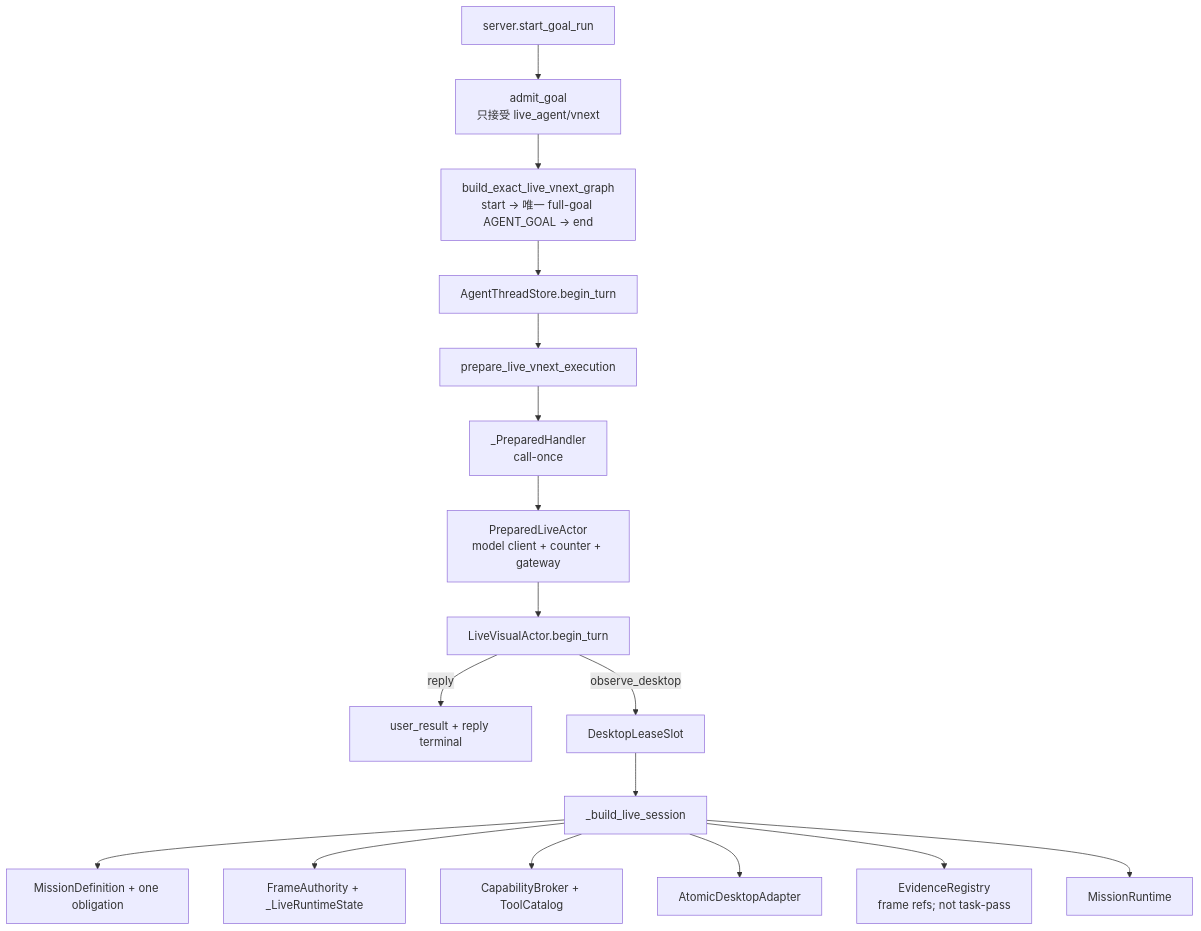
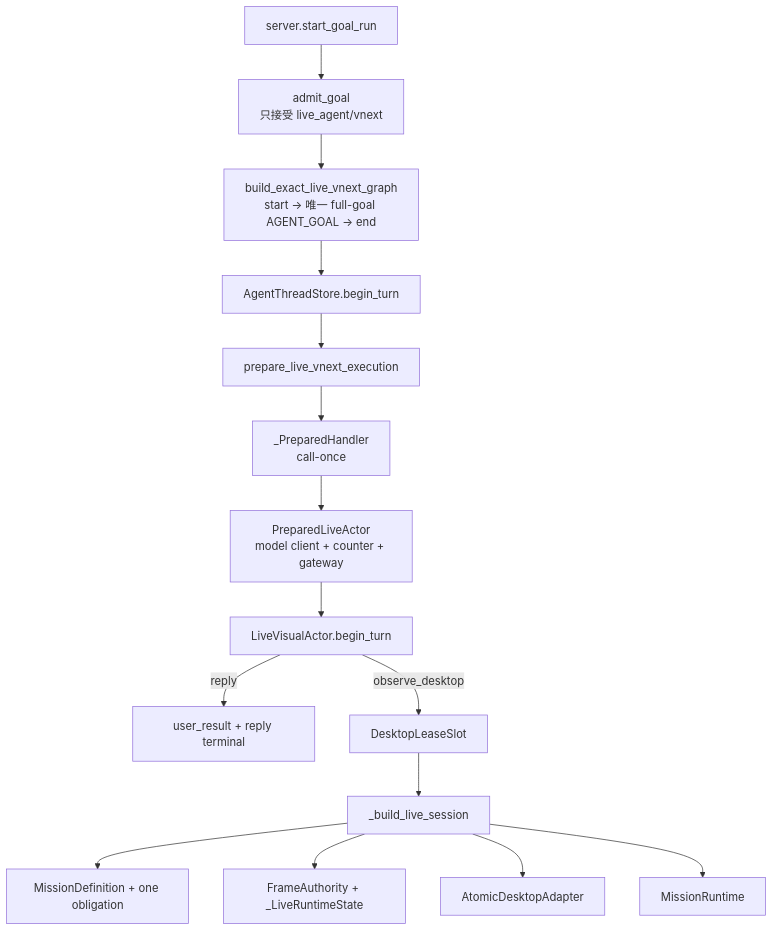
The second of 4 diagrams in docs/project-guide/01-system-architecture.md (zoujiapeng/lingdong-script), drawn with Mermaid before and after one commit. The commit also changed other lines of this file and 23 other files, not shown here.

Commit message:
Document simplified post-migration architecture

````diff
--- a/docs/project-guide/01-system-architecture.md
+++ b/docs/project-guide/01-system-architecture.md
@@ -120,19 +120,17 @@
 ```mermaid
 flowchart TD
   Route["server.start_goal_run"] --> Admission["admit_goal\n只接受 live_agent/vnext"]
   Admission --> Graph["build_exact_live_vnext_graph\nstart → 唯一 full-goal AGENT_GOAL → end"]
   Graph --> Thread["AgentThreadStore.begin_turn"]
   Thread --> Prepare["prepare_live_vnext_execution"]
   Prepare --> Handler["_PreparedHandler\ncall-once"]
   Handler --> Bundle["PreparedLiveActor\nmodel client + counter + gateway"]
   Bundle --> Initial["LiveVisualActor.begin_turn"]
   Initial -->|reply| Reply["user_result + reply terminal"]
   Initial -->|observe_desktop| Lease["DesktopLeaseSlot"]
   Lease --> Session["_build_live_session"]
   Session --> Mission["MissionDefinition + one obligation"]
   Session --> Frame["FrameAuthority + _LiveRuntimeState"]
-  Session --> Broker["CapabilityBroker + ToolCatalog"]
   Session --> Adapter["AtomicDesktopAdapter"]
-  Session --> Registry["EvidenceRegistry\nframe refs; not task-pass"]
   Session --> Runtime["MissionRuntime"]
 ```
````
